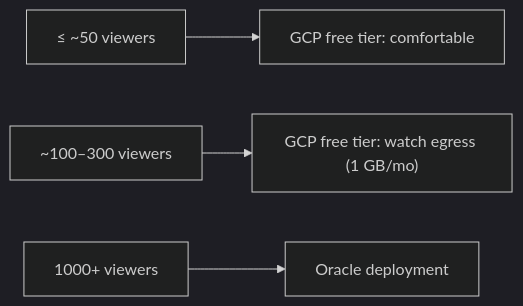
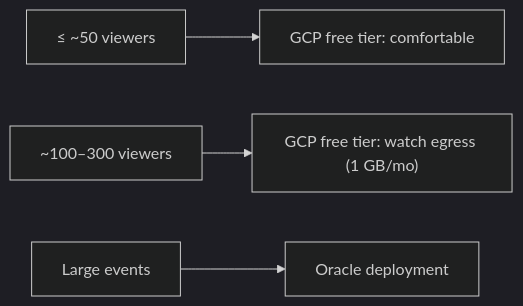
One commit to gitrgoliveira/bracket-creator changed the eighth of 9 diagrams in docs/architecture/infrastructure-architecture.md. Above: the diagram before and after it, drawn with Mermaid (dark theme). The commit also changed other lines of this file and 2 other files, not shown here.

First line of the commit message:
docs: state the Oracle tier's audience as large events, not a viewer count

````diff
--- a/docs/architecture/infrastructure-architecture.md
+++ b/docs/architecture/infrastructure-architecture.md
@@ -216,6 +216,6 @@
 ```mermaid
 flowchart LR
     a["≤ ~50 viewers"] --> g1["GCP free tier: comfortable"]
     b["~100–300 viewers"] --> g2["GCP free tier: watch egress (1 GB/mo)"]
-    c["1000+ viewers"] --> o["Oracle deployment"]
+    c["Large events"] --> o["Oracle deployment"]
 ```
````
